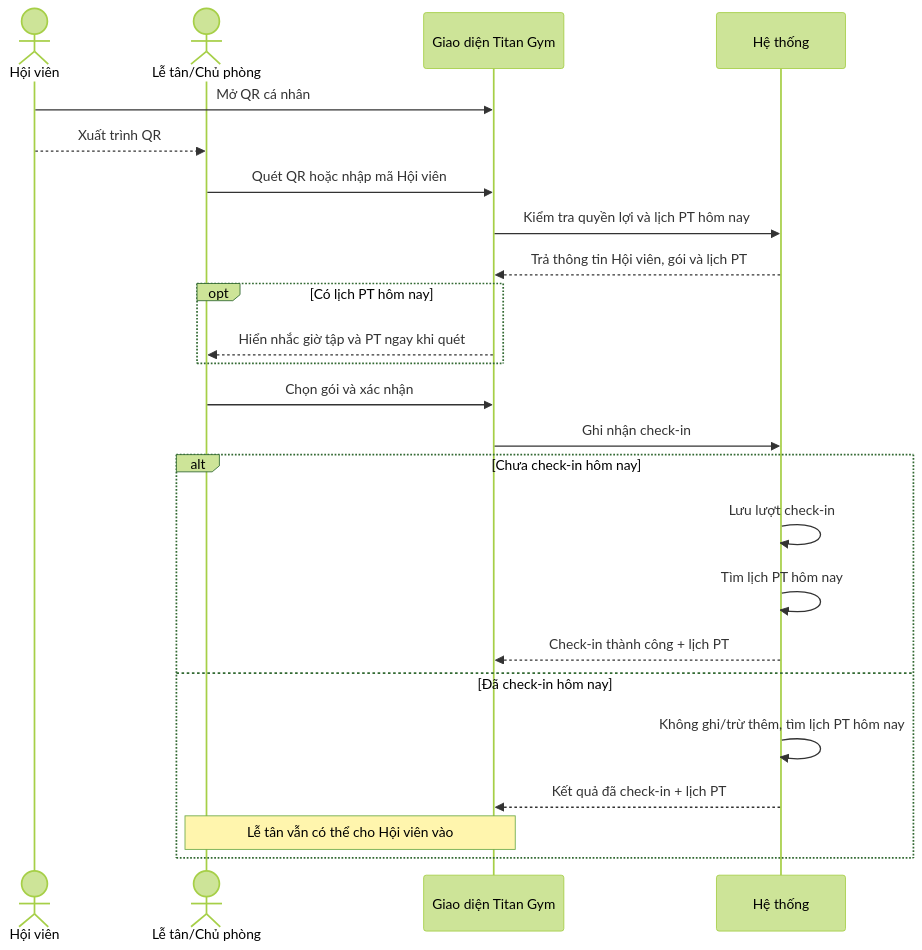
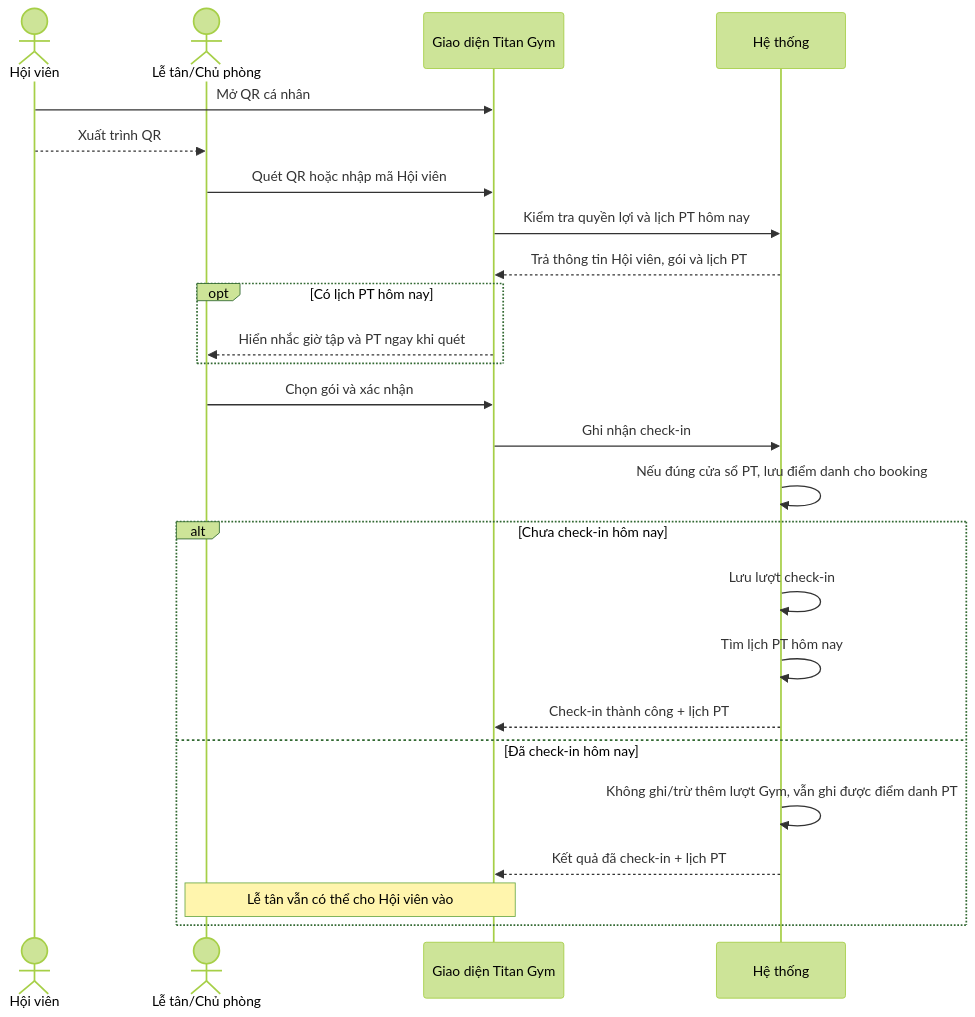
The fourth of 5 diagrams in docs/06-UML-Diagrams/Sequences.md (vhoanglong54/CNPM_GYM), drawn with Mermaid (forest theme) before and after one commit. The commit also changed other lines of this file and 8 other files, not shown here.

````diff
--- a/docs/06-UML-Diagrams/Sequences.md
+++ b/docs/06-UML-Diagrams/Sequences.md
@@ -131,28 +132,29 @@
 ```mermaid
 sequenceDiagram
   actor M as Hội viên
   actor S as Lễ tân/Chủ phòng
   participant UI as Giao diện Titan Gym
   participant SYS as Hệ thống
 
   M->>UI: Mở QR cá nhân
   M-->>S: Xuất trình QR
   S->>UI: Quét QR hoặc nhập mã Hội viên
   UI->>SYS: Kiểm tra quyền lợi và lịch PT hôm nay
   SYS-->>UI: Trả thông tin Hội viên, gói và lịch PT
   opt Có lịch PT hôm nay
     UI-->>S: Hiển nhắc giờ tập và PT ngay khi quét
   end
   S->>UI: Chọn gói và xác nhận
   UI->>SYS: Ghi nhận check-in
+  SYS->>SYS: Nếu đúng cửa sổ PT, lưu điểm danh cho booking
 
   alt Chưa check-in hôm nay
     SYS->>SYS: Lưu lượt check-in
     SYS->>SYS: Tìm lịch PT hôm nay
     SYS-->>UI: Check-in thành công + lịch PT
   else Đã check-in hôm nay
-    SYS->>SYS: Không ghi/trừ thêm, tìm lịch PT hôm nay
+    SYS->>SYS: Không ghi/trừ thêm lượt Gym, vẫn ghi được điểm danh PT
     SYS-->>UI: Kết quả đã check-in + lịch PT
     Note over S,UI: Lễ tân vẫn có thể cho Hội viên vào
   end
 ```
````
